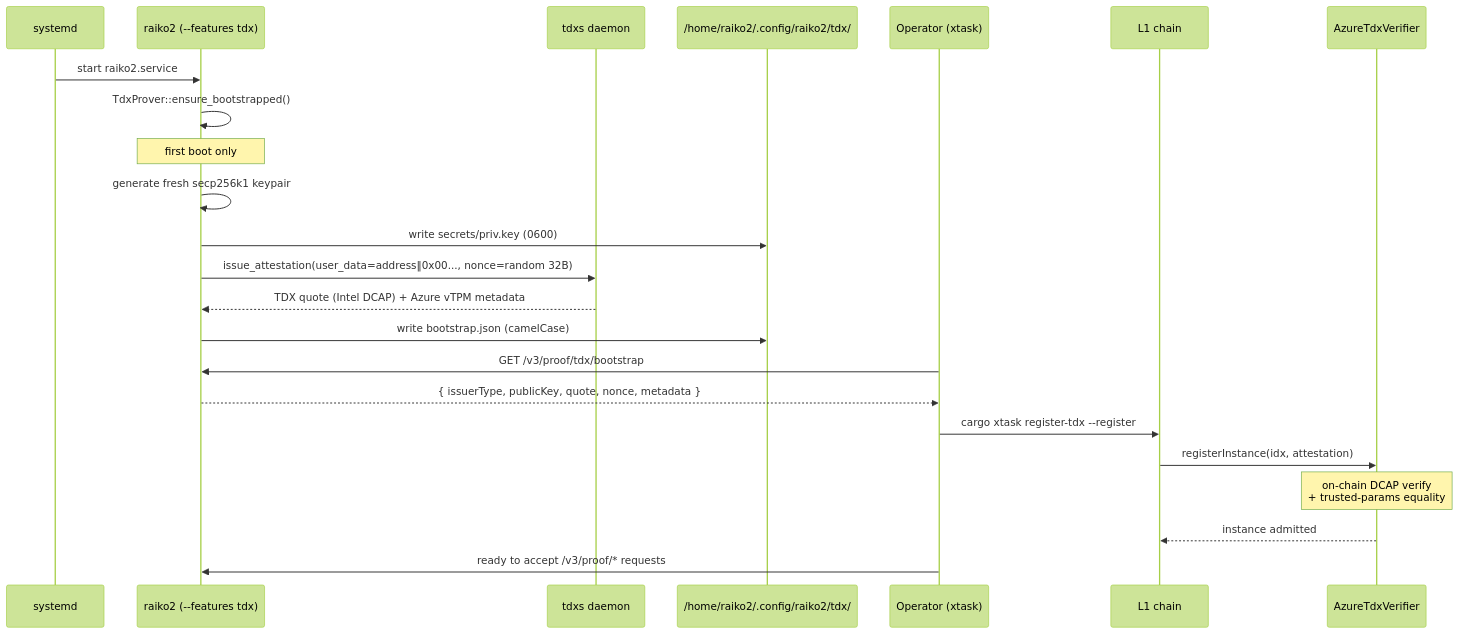
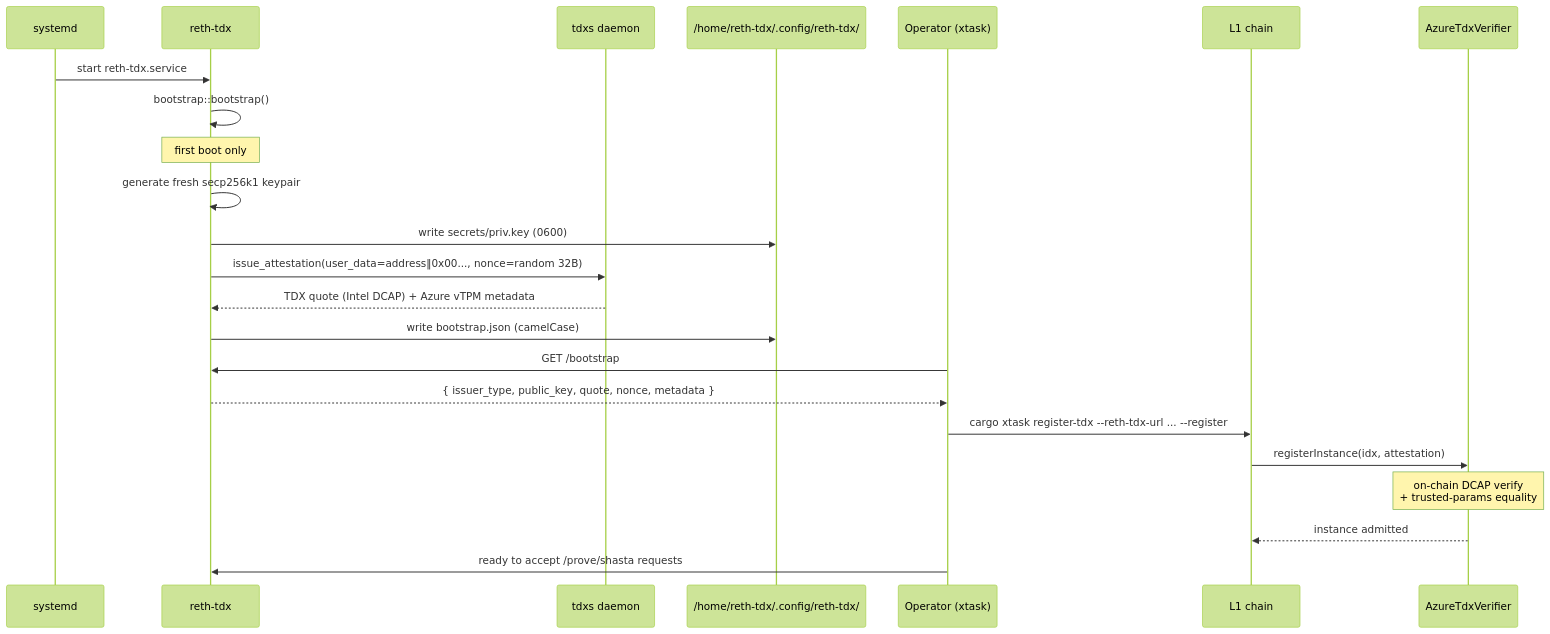
Before and after one commit to taikoxyz/raiko2: the third of 4 diagrams in docs/tdx_architecture.md, drawn with Mermaid (forest theme). The commit also changed other lines of this file and 10 other files, not shown here.

````diff
--- a/docs/tdx_architecture.md
+++ b/docs/tdx_architecture.md
@@ -110,27 +125,27 @@
 ```mermaid
 sequenceDiagram
     participant Sys as systemd
-    participant R2 as raiko2 (--features tdx)
+    participant RTDX as reth-tdx
     participant TDXS as tdxs daemon
-    participant Disk as /home/raiko2/.config/raiko2/tdx/
+    participant Disk as /home/reth-tdx/.config/reth-tdx/
     participant Op as Operator (xtask)
     participant L1 as L1 chain
     participant TV as AzureTdxVerifier
 
-    Sys->>R2: start raiko2.service
-    R2->>R2: TdxProver::ensure_bootstrapped()
-    Note over R2: first boot only
-    R2->>R2: generate fresh secp256k1 keypair
-    R2->>Disk: write secrets/priv.key (0600)
-    R2->>TDXS: issue_attestation(user_data=address‖0x00..., nonce=random 32B)
-    TDXS-->>R2: TDX quote (Intel DCAP) + Azure vTPM metadata
-    R2->>Disk: write bootstrap.json (camelCase)
+    Sys->>RTDX: start reth-tdx.service
+    RTDX->>RTDX: bootstrap::bootstrap()
+    Note over RTDX: first boot only
+    RTDX->>RTDX: generate fresh secp256k1 keypair
+    RTDX->>Disk: write secrets/priv.key (0600)
+    RTDX->>TDXS: issue_attestation(user_data=address‖0x00..., nonce=random 32B)
+    TDXS-->>RTDX: TDX quote (Intel DCAP) + Azure vTPM metadata
+    RTDX->>Disk: write bootstrap.json (camelCase)
 
-    Op->>R2: GET /v3/proof/tdx/bootstrap
-    R2-->>Op: { issuerType, publicKey, quote, nonce, metadata }
-    Op->>L1: cargo xtask register-tdx --register
+    Op->>RTDX: GET /bootstrap
+    RTDX-->>Op: { issuer_type, public_key, quote, nonce, metadata }
+    Op->>L1: cargo xtask register-tdx --reth-tdx-url ... --register
     L1->>TV: registerInstance(idx, attestation)
     Note over TV: on-chain DCAP verify<br/>+ trusted-params equality
     TV-->>L1: instance admitted
-    Op->>R2: ready to accept /v3/proof/* requests
+    Op->>RTDX: ready to accept /prove/shasta requests
 ```
````
